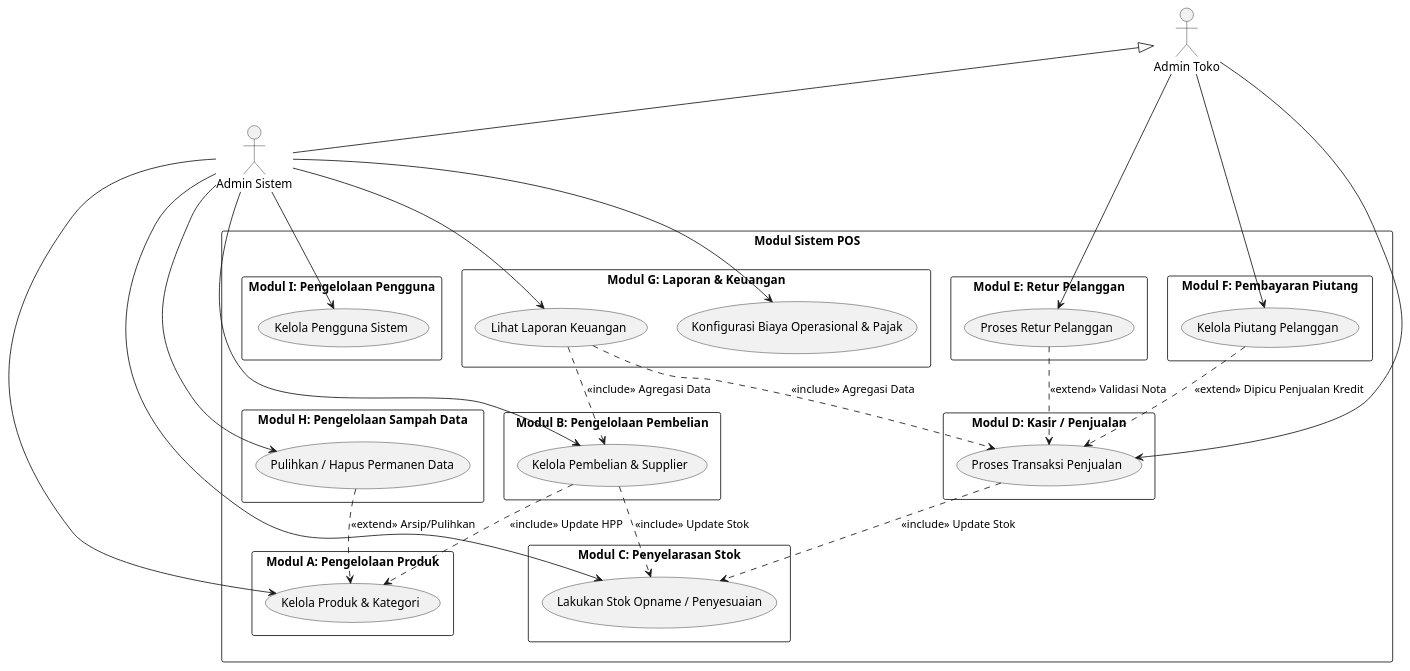
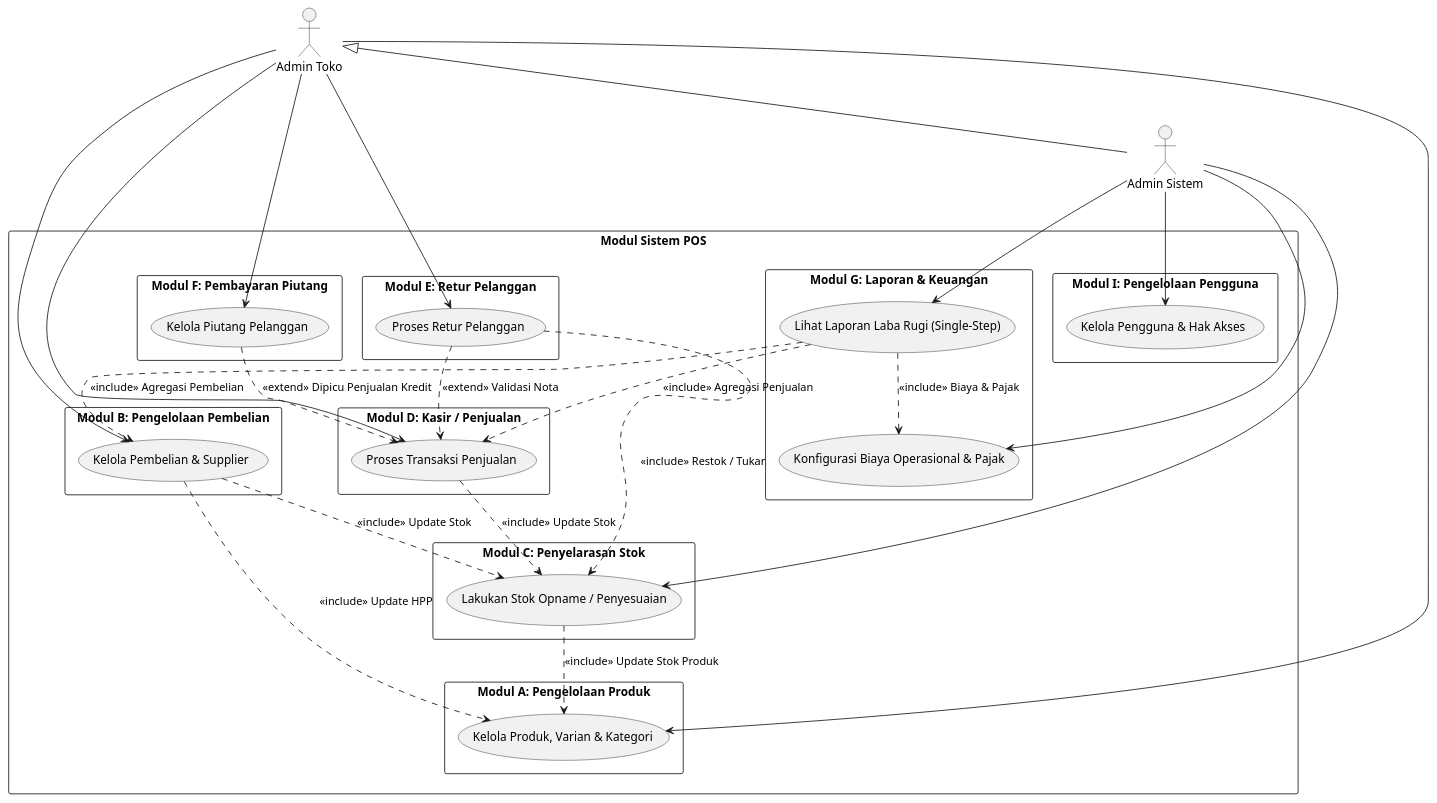
Before and after one commit to Aditiarzky/pos-app: the diagram in docs/uml-use-case.puml, drawn with PlantUML. The commit also changed 179 other files, not shown here.

```diff
--- a/docs/uml-use-case.puml
+++ b/docs/uml-use-case.puml
@@ -1,78 +1,75 @@
 @startuml POS_System_Use_Case
 top to bottom direction
 skinparam packageStyle rectangle
 skinparam shadowing false
 skinparam monochrome true
 skinparam defaultFontName "Arial"
 
 actor "Admin Toko" as StoreAdmin
 actor "Admin Sistem" as SystemAdmin
 
 ' Admin Sistem memiliki semua hak akses Admin Toko + hak manajerial
 StoreAdmin <|-- SystemAdmin
 
 rectangle "Modul Sistem POS" {
-    
+
     package "Modul A: Pengelolaan Produk" {
-        usecase "Kelola Produk & Kategori" as UC_Product
+        usecase "Kelola Produk, Varian & Kategori" as UC_Product
     }
 
     package "Modul B: Pengelolaan Pembelian" {
         usecase "Kelola Pembelian & Supplier" as UC_Purchase
     }
 
     package "Modul C: Penyelarasan Stok" {
         usecase "Lakukan Stok Opname / Penyesuaian" as UC_Stock
     }
 
     package "Modul D: Kasir / Penjualan" {
         usecase "Proses Transaksi Penjualan" as UC_Sale
     }
 
     package "Modul E: Retur Pelanggan" {
         usecase "Proses Retur Pelanggan" as UC_Return
     }
 
     package "Modul F: Pembayaran Piutang" {
         usecase "Kelola Piutang Pelanggan" as UC_Debt
     }
 
     package "Modul G: Laporan & Keuangan" {
-        usecase "Lihat Laporan Keuangan" as UC_Report
+        usecase "Lihat Laporan Laba Rugi (Single-Step)" as UC_Report
         usecase "Konfigurasi Biaya Operasional & Pajak" as UC_Finance
     }
 
-    package "Modul H: Pengelolaan Sampah Data" {
-        usecase "Pulihkan / Hapus Permanen Data" as UC_Trash
-    }
-
     package "Modul I: Pengelolaan Pengguna" {
-        usecase "Kelola Pengguna Sistem" as UC_User
+        usecase "Kelola Pengguna & Hak Akses" as UC_User
     }
 }
 
-' Hak Akses Admin Toko (Operasional Garis Depan)
+' ── Hak Akses Admin Toko (Operasional Garis Depan) ──
+StoreAdmin --> UC_Product
+StoreAdmin --> UC_Purchase
 StoreAdmin --> UC_Sale
 StoreAdmin --> UC_Return
 StoreAdmin --> UC_Debt
 
-' Hak Akses Admin Sistem (Manajerial & Back-office)
-SystemAdmin --> UC_Product
-SystemAdmin --> UC_Purchase
-SystemAdmin --> UC_Stock
+' ── Hak Akses Admin Sistem (Manajerial & Back-office) ──
 SystemAdmin --> UC_Report
 SystemAdmin --> UC_Finance
-SystemAdmin --> UC_Trash
+SystemAdmin --> UC_Stock
 SystemAdmin --> UC_User
 
-' Ketergantungan Fungsional
+' ── Ketergantungan Fungsional ──
+UC_Stock ..> UC_Product : <<include>> Update Stok Produk
 UC_Sale ..> UC_Stock : <<include>> Update Stok
 UC_Purchase ..> UC_Stock : <<include>> Update Stok
+UC_Purchase ..> UC_Product : <<include>> Update HPP
 UC_Return ..> UC_Sale : <<extend>> Validasi Nota
-UC_Purchase ..> UC_Product : <<include>> Update HPP
+UC_Return ..> UC_Stock : <<include>> Restok / Tukar
 UC_Debt ..> UC_Sale : <<extend>> Dipicu Penjualan Kredit
-UC_Report ..> UC_Sale : <<include>> Agregasi Data
-UC_Report ..> UC_Purchase : <<include>> Agregasi Data
-UC_Trash ..> UC_Product : <<extend>> Arsip/Pulihkan
+UC_Report ..> UC_Sale : <<include>> Agregasi Penjualan
+UC_Report ..> UC_Purchase : <<include>> Agregasi Pembelian
+UC_Report ..> UC_Finance : <<include>> Biaya & Pajak
 
 @enduml
```
